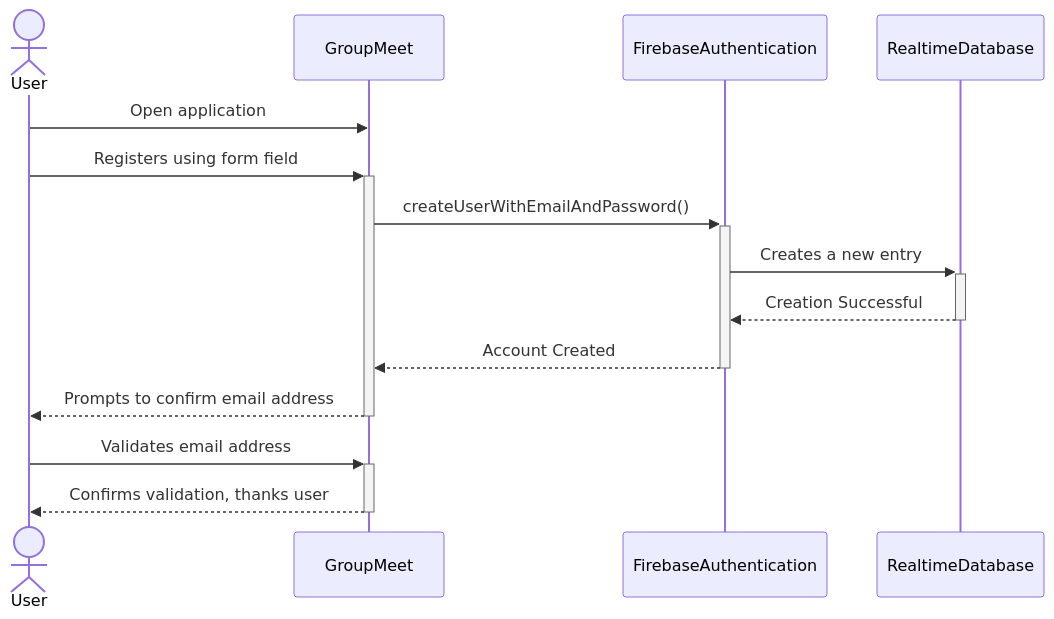
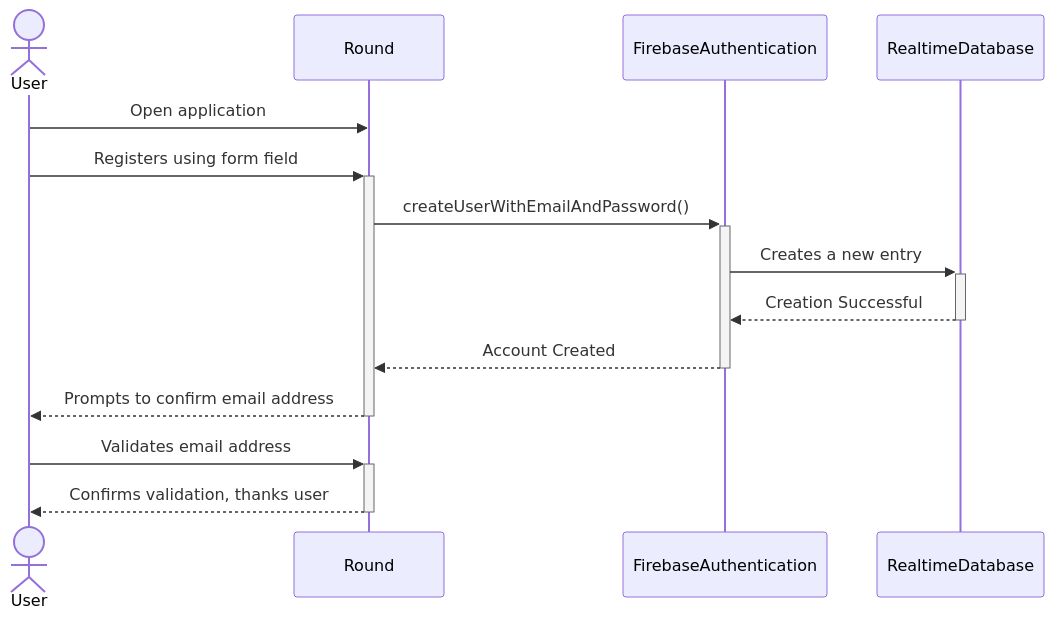
One commit to Capstone-Projects-2023-Spring/project-groupmeet changed the fourth of 12 diagrams in documentation/docs/system-architecture/design.md. Above: the diagram before and after it, drawn with Mermaid. The commit also changed other lines of this file and 12 other files, not shown here.

````diff
--- a/documentation/docs/system-architecture/design.md
+++ b/documentation/docs/system-architecture/design.md
@@ -226,13 +228,13 @@
 ```mermaid
 sequenceDiagram
     actor User
-    User->>GroupMeet: Open application
-    User->>+GroupMeet: Registers using form field
-    GroupMeet->>+FirebaseAuthentication: createUserWithEmailAndPassword()
+    User->>Round: Open application
+    User->>+Round: Registers using form field
+    Round->>+FirebaseAuthentication: createUserWithEmailAndPassword()
     FirebaseAuthentication->>+RealtimeDatabase: Creates a new entry
     RealtimeDatabase-->>-FirebaseAuthentication: Creation Successful
-    FirebaseAuthentication-->>-GroupMeet: Account Created
-    GroupMeet-->>-User: Prompts to confirm email address
-    User->>+GroupMeet: Validates email address
-    GroupMeet-->>-User: Confirms validation, thanks user
+    FirebaseAuthentication-->>-Round: Account Created
+    Round-->>-User: Prompts to confirm email address
+    User->>+Round: Validates email address
+    Round-->>-User: Confirms validation, thanks user
 ```
````
